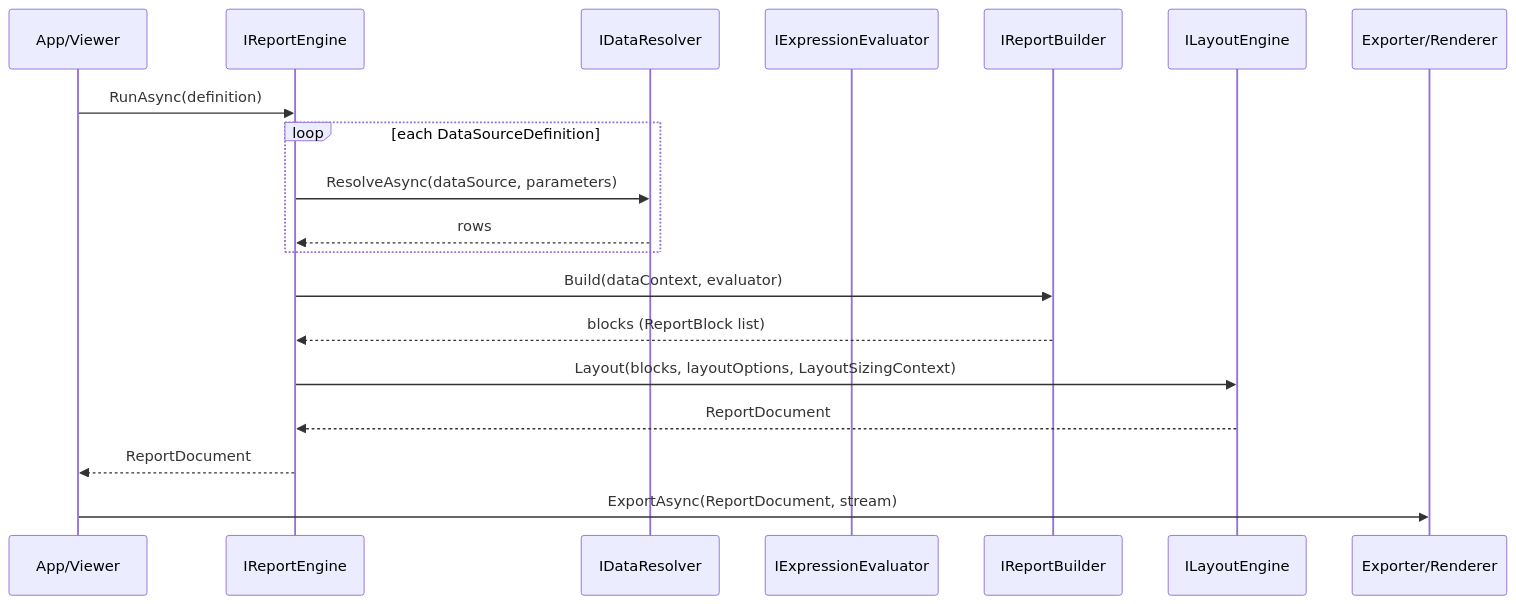
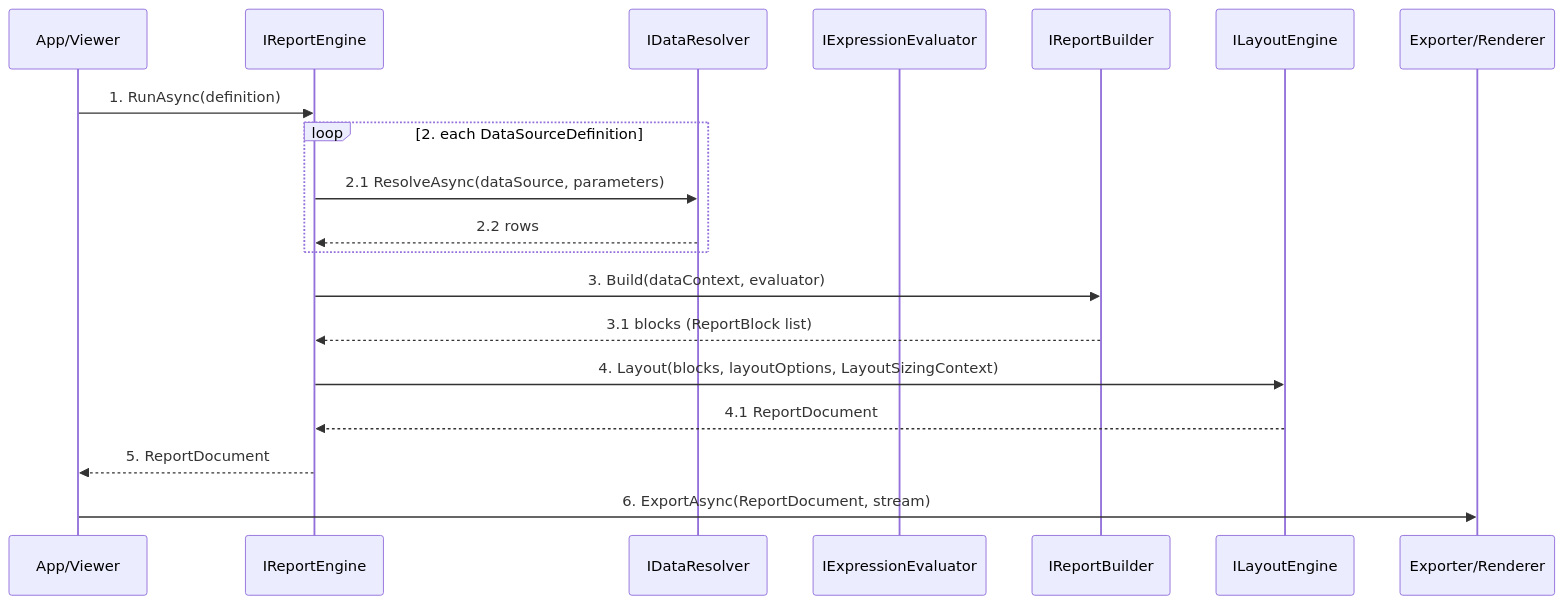
One commit to Netcodr81/kinetic-reports changed the diagram in docs/02-report-generation-flow.md. Above: the diagram before and after it, drawn with Mermaid. The commit also changed other lines of this file and 1 other file, not shown here.

Commit message:
refactor: Update report generation flow documentation with numbered steps for clarity

````diff
--- a/docs/02-report-generation-flow.md
+++ b/docs/02-report-generation-flow.md
@@ -7,22 +7,22 @@
 ```mermaid
 sequenceDiagram
 	participant Caller as App/Viewer
 	participant Engine as IReportEngine
 	participant Resolver as IDataResolver
 	participant Eval as IExpressionEvaluator
 	participant Builder as IReportBuilder
 	participant Layout as ILayoutEngine
 	participant Export as Exporter/Renderer
 
-	Caller->>Engine: RunAsync(definition)
-	loop each DataSourceDefinition
-		Engine->>Resolver: ResolveAsync(dataSource, parameters)
-		Resolver-->>Engine: rows
+	Caller->>Engine: 1. RunAsync(definition)
+	loop 2. each DataSourceDefinition
+		Engine->>Resolver: 2.1 ResolveAsync(dataSource, parameters)
+		Resolver-->>Engine: 2.2 rows
 	end
-	Engine->>Builder: Build(dataContext, evaluator)
-	Builder-->>Engine: blocks (ReportBlock list)
-	Engine->>Layout: Layout(blocks, layoutOptions, LayoutSizingContext)
-	Layout-->>Engine: ReportDocument
-	Engine-->>Caller: ReportDocument
-	Caller->>Export: ExportAsync(ReportDocument, stream)
+	Engine->>Builder: 3. Build(dataContext, evaluator)
+	Builder-->>Engine: 3.1 blocks (ReportBlock list)
+	Engine->>Layout: 4. Layout(blocks, layoutOptions, LayoutSizingContext)
+	Layout-->>Engine: 4.1 ReportDocument
+	Engine-->>Caller: 5. ReportDocument
+	Caller->>Export: 6. ExportAsync(ReportDocument, stream)
 ```
````
